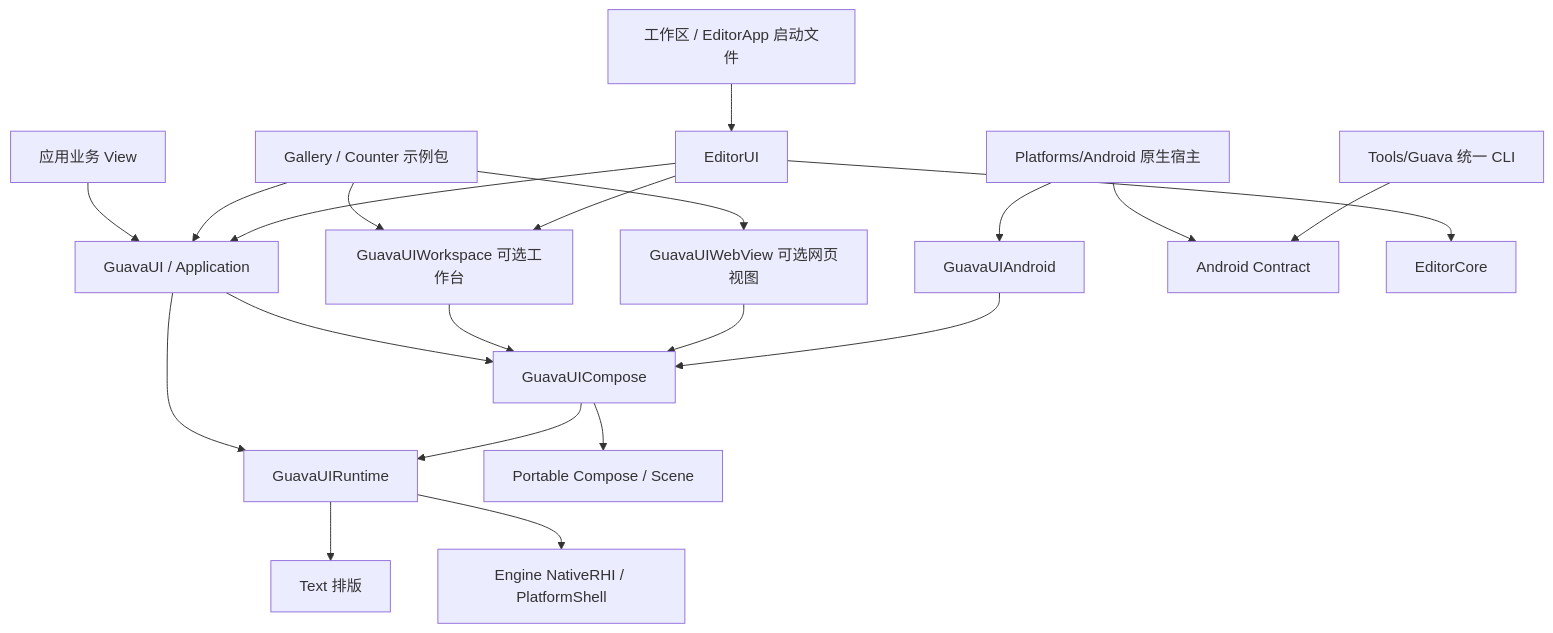
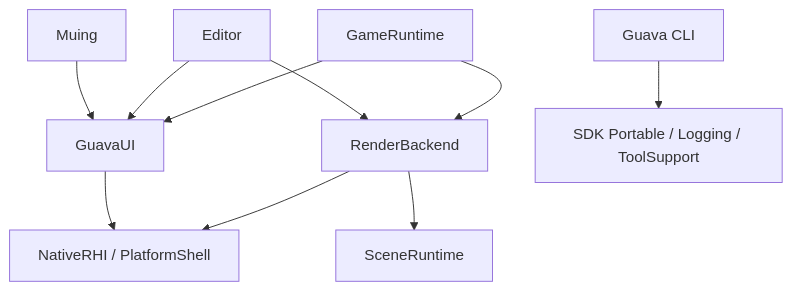
The diagram in docs/architecture/module-boundaries.md (AlexCat315/Diffuse), drawn with Mermaid before and after one commit. The commit also changed other lines of this file and 1866 other files, not shown here.

Commit message:
Consume standalone GuavaUI SDK and compose engine UI in EditorCore

````diff
--- a/docs/architecture/module-boundaries.md
+++ b/docs/architecture/module-boundaries.md
@@ -48,23 +24,12 @@
 ```mermaid
 flowchart TD
-  Client[应用业务 View] --> UI[GuavaUI / Application]
-  UI --> Compose[GuavaUICompose]
-  UI --> Runtime[GuavaUIRuntime]
-  Workspace[GuavaUIWorkspace 可选工作台] --> Compose
-  WebView[GuavaUIWebView 可选网页视图] --> Compose
-  Compose --> Portable[Portable Compose / Scene]
-  Compose --> Runtime
-  Runtime --> Text[Text 排版]
-  Runtime --> Engine[Engine NativeRHI / PlatformShell]
-  AndroidHost[Platforms/Android 原生宿主] --> AndroidUI[GuavaUIAndroid]
-  AndroidUI --> Compose
-  AndroidHost --> Contract[Android Contract]
-  CLI[Tools/Guava 统一 CLI] --> Contract
-  Examples[Gallery / Counter 示例包] --> UI
-  Examples --> Workspace
-  Examples --> WebView
-  EditorUI[EditorUI] --> UI
-  EditorUI --> Workspace
-  EditorUI --> EditorCore[EditorCore]
-  Root[工作区 / EditorApp 启动文件] --> EditorUI
+  Muing[Muing] --> UI[GuavaUI]
+  Editor[Editor] --> UI
+  Game[GameRuntime] --> UI
+  Editor --> RB[RenderBackend]
+  Game --> RB
+  RB --> Scene[SceneRuntime]
+  UI --> Native[NativeRHI / PlatformShell]
+  RB --> Native
+  CLI[Guava CLI] --> Tools[SDK Portable / Logging / ToolSupport]
 ```
````
